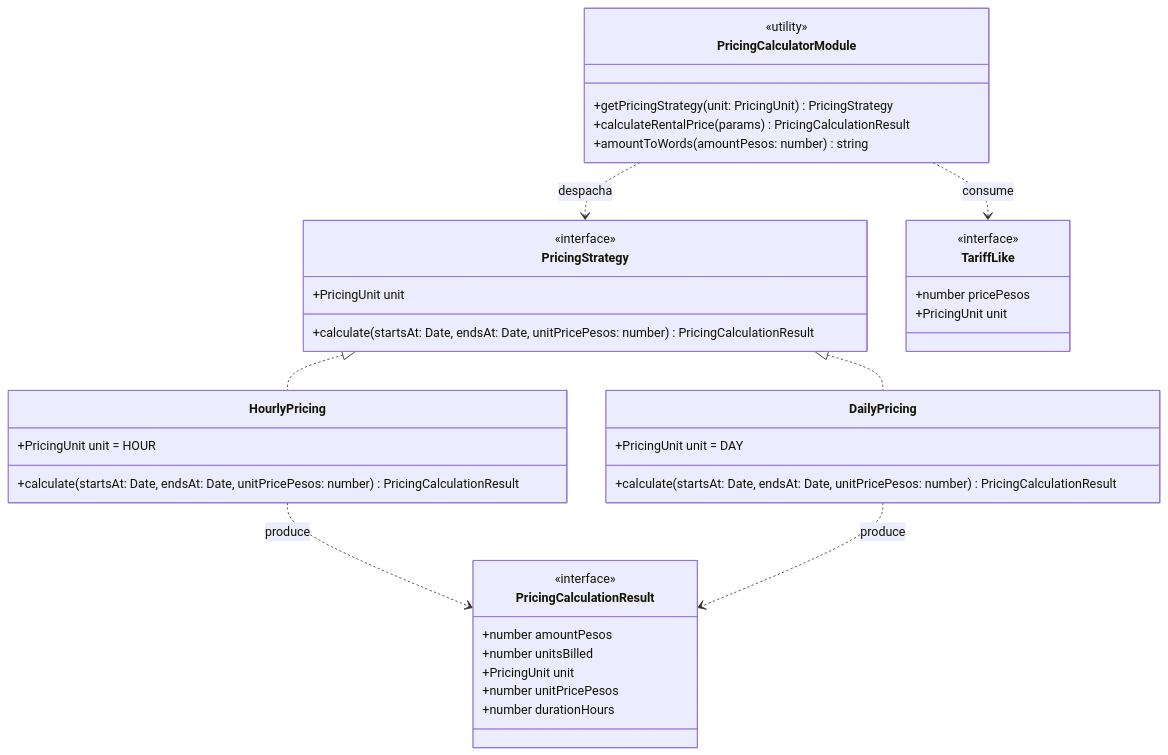
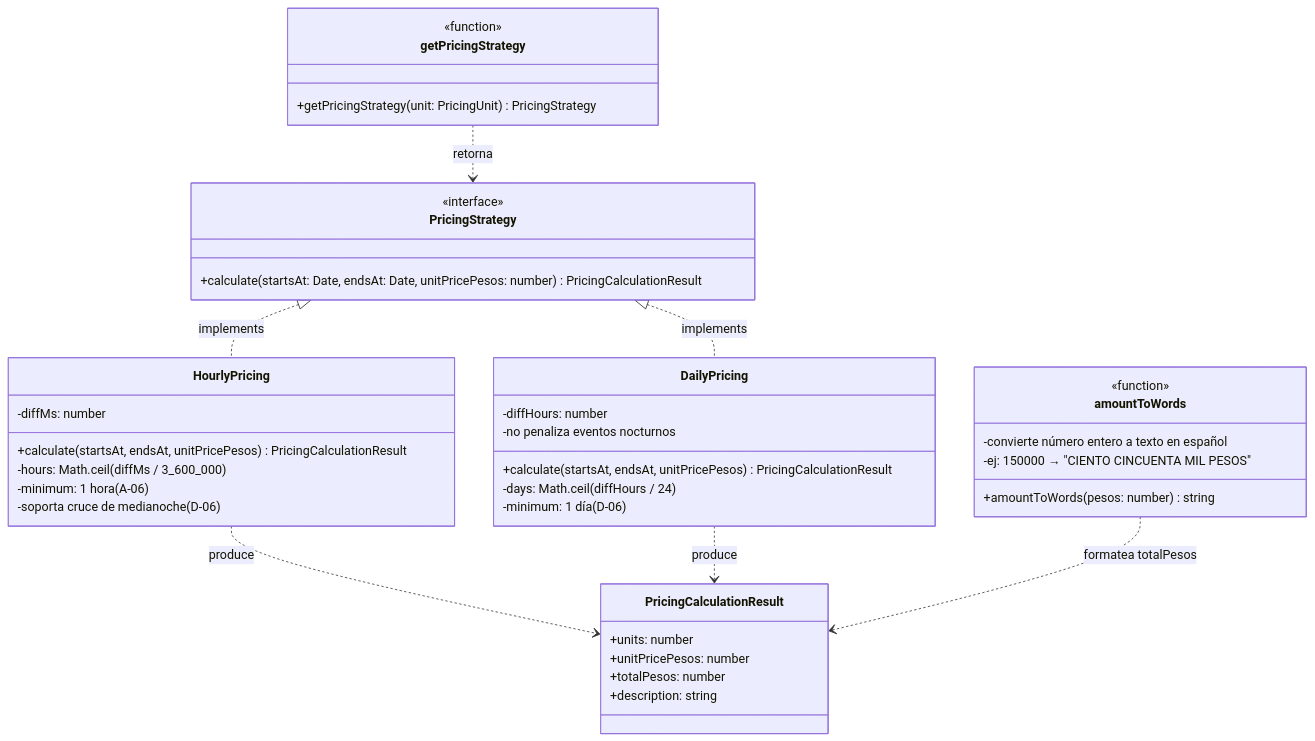
Before and after one commit to JuanArias0413/ProyectoIngesoft: the fifth of 8 diagrams in docs/ARCHITECTURE.md, drawn with Mermaid. The commit also changed other lines of this file, not shown here.

Commit message:
docs(architecture): improve diagrams with concrete classes, full ER model, and sequence flows

````diff
--- a/docs/ARCHITECTURE.md
+++ b/docs/ARCHITECTURE.md
@@ -566,47 +505,49 @@
 ```mermaid
 classDiagram
     class PricingStrategy {
         <<interface>>
-        +PricingUnit unit
-        +calculate(startsAt: Date, endsAt: Date, unitPricePesos: number) PricingCalculationResult
-    }
-
-    class HourlyPricing {
-        +PricingUnit unit = HOUR
-        +calculate(startsAt: Date, endsAt: Date, unitPricePesos: number) PricingCalculationResult
-    }
-
-    class DailyPricing {
-        +PricingUnit unit = DAY
         +calculate(startsAt: Date, endsAt: Date, unitPricePesos: number) PricingCalculationResult
     }
 
     class PricingCalculationResult {
-        <<interface>>
-        +number amountPesos
-        +number unitsBilled
-        +PricingUnit unit
-        +number unitPricePesos
-        +number durationHours
+        +units: number
+        +unitPricePesos: number
+        +totalPesos: number
+        +description: string
     }
 
-    class TariffLike {
-        <<interface>>
-        +number pricePesos
-        +PricingUnit unit
+    class HourlyPricing {
+        +calculate(startsAt, endsAt, unitPricePesos) PricingCalculationResult
+        -diffMs: number
+        -hours: Math.ceil(diffMs / 3_600_000)
+        -minimum: 1 hora (A-06)
+        -soporta cruce de medianoche (D-06)
     }
 
-    class PricingCalculatorModule {
-        <<utility>>
-        +getPricingStrategy(unit: PricingUnit) PricingStrategy
-        +calculateRentalPrice(params) PricingCalculationResult
-        +amountToWords(amountPesos: number) string
+    class DailyPricing {
+        +calculate(startsAt, endsAt, unitPricePesos) PricingCalculationResult
+        -diffHours: number
+        -days: Math.ceil(diffHours / 24)
+        -minimum: 1 día (D-06)
+        -no penaliza eventos nocturnos
     }
 
-    PricingStrategy <|.. HourlyPricing
-    PricingStrategy <|.. DailyPricing
+    class getPricingStrategy {
+        <<function>>
+        +getPricingStrategy(unit: PricingUnit) PricingStrategy
+    }
+
+    class amountToWords {
+        <<function>>
+        +amountToWords(pesos: number) string
+        -convierte número entero a texto en español
+        -ej: 150000 → "CIENTO CINCUENTA MIL PESOS"
+    }
+
+    PricingStrategy <|.. HourlyPricing : implements
+    PricingStrategy <|.. DailyPricing : implements
+    getPricingStrategy ..> PricingStrategy : retorna
     HourlyPricing ..> PricingCalculationResult : produce
     DailyPricing ..> PricingCalculationResult : produce
-    PricingCalculatorModule ..> PricingStrategy : despacha
-    PricingCalculatorModule ..> TariffLike : consume
+    amountToWords ..> PricingCalculationResult : formatea totalPesos
 ```
````
